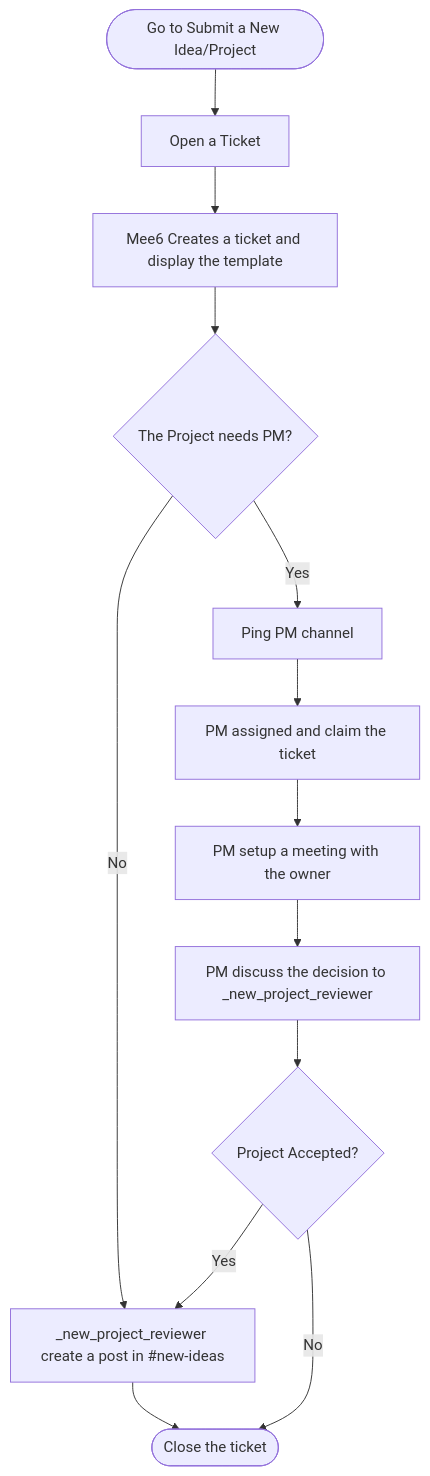
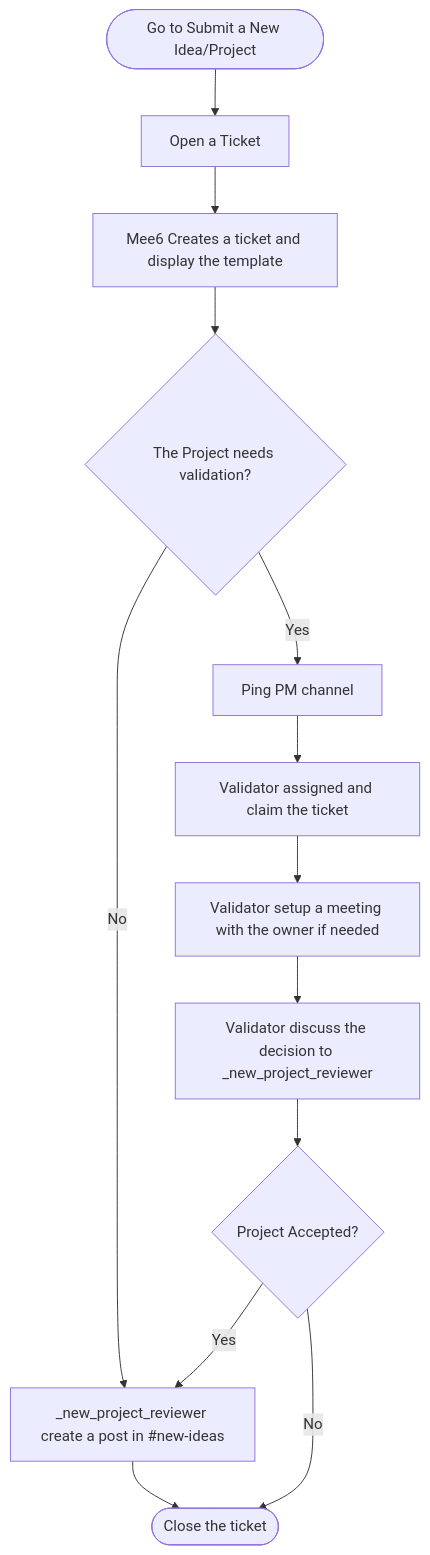
The second of 4 diagrams in README.md (mudssrali/TFP-policy), drawn with Mermaid before and after one commit. The commit also changed other lines of this file, not shown here.

````diff
--- a/README.md
+++ b/README.md
@@ -22,11 +22,11 @@
 ```mermaid
 flowchart TD
     A([Go to Submit a New Idea/Project]) --> B[Open a Ticket]
     B --> C[Mee6 Creates a ticket and display the template]
-    C --> D{The Project needs PM?}
-    D -->|Yes| E[Ping PM channel] --> H[PM assigned and claim the ticket] --> I[PM setup a meeting with the owner] --> J[PM discuss the decision to _new_project_reviewer]
+    C --> D{The Project needs validation?}
+    D -->|Yes| E[Ping PM channel] --> H[Validator assigned and claim the ticket] --> I[Validator setup a meeting with the owner if needed] --> J[Validator discuss the decision to _new_project_reviewer]
     D --> |No| F[_new_project_reviewer create a post in #new-ideas]
     J --> L{Project Accepted?} --> |Yes| F
     F --> G([Close the ticket])
     L --> |No| G
 ```
````
